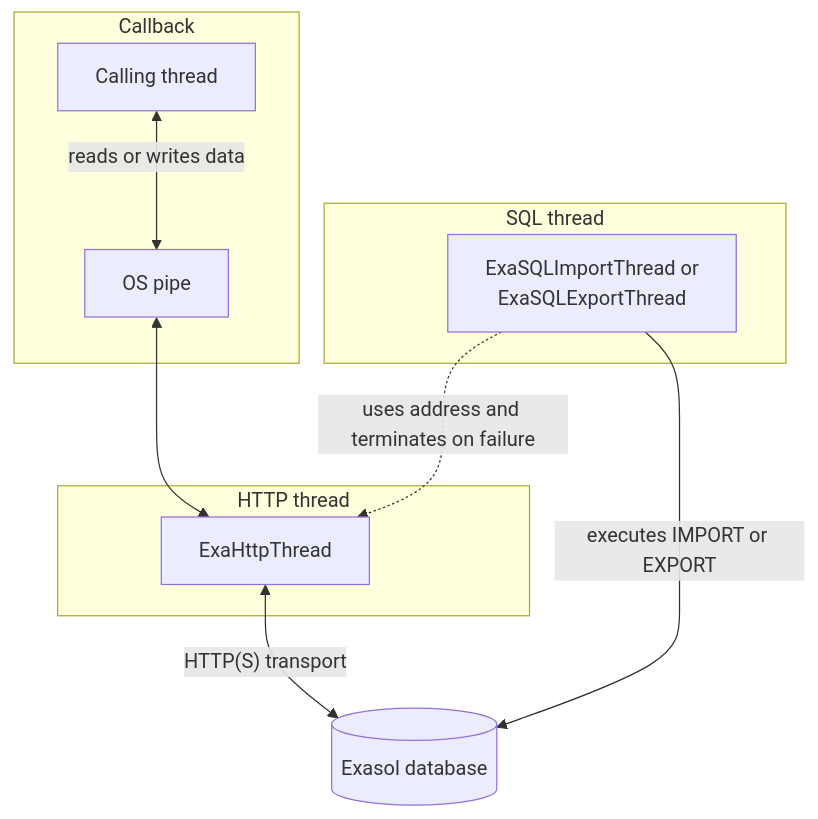
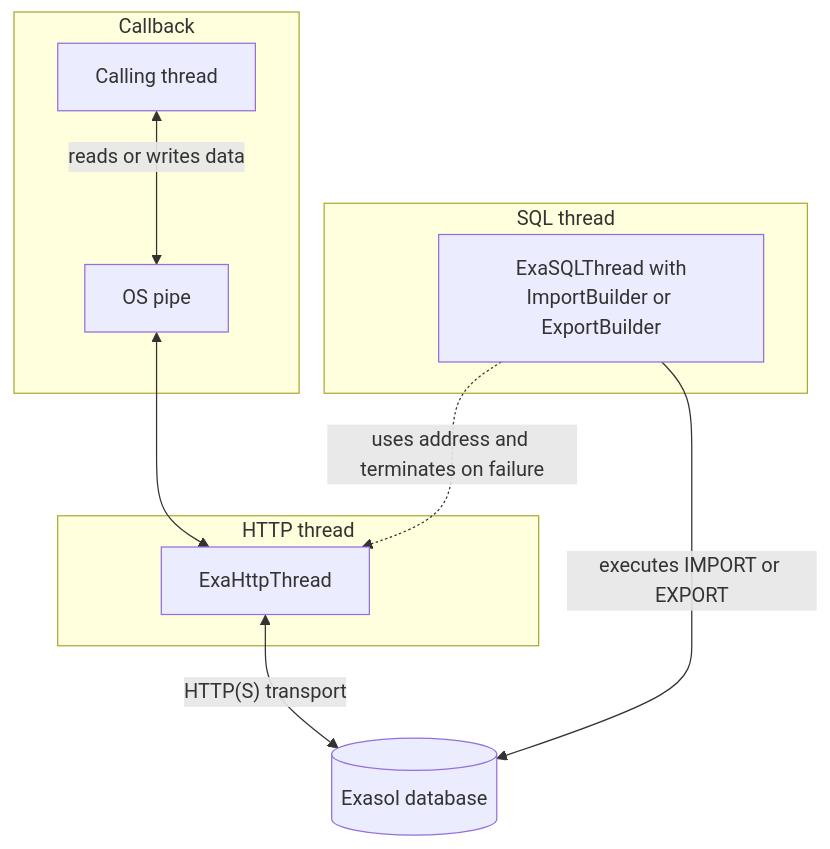
The first of 2 diagrams in doc/developer_guide/import_export_threading.rst (exasol/pyexasol), drawn with Mermaid before and after one commit. The commit also changed 8 other files, not shown here.

```diff
--- a/doc/developer_guide/import_export_threading.rst
+++ b/doc/developer_guide/import_export_threading.rst
@@ -18,24 +18,24 @@
 .. mermaid::
 
     flowchart TD
         subgraph callback_group["Callback"]
             callback["Calling thread"]
             pipe["OS pipe"]
 
             callback <--> |"reads or writes data"| pipe
         end
 
         subgraph http_group["HTTP thread"]
             http["ExaHttpThread"]
         end
 
         subgraph sql_group["SQL thread"]
-            sql["ExaSQLImportThread or<br/>ExaSQLExportThread"]
+            sql["ExaSQLThread with<br/>ImportBuilder or ExportBuilder"]
         end
 
         db[("Exasol database")]
 
         pipe <--> http
         http <--> |"HTTP(S) transport"| db
         sql --> |"executes IMPORT or EXPORT"| db
         sql -.-> |"uses address and terminates on failure"| http
```
